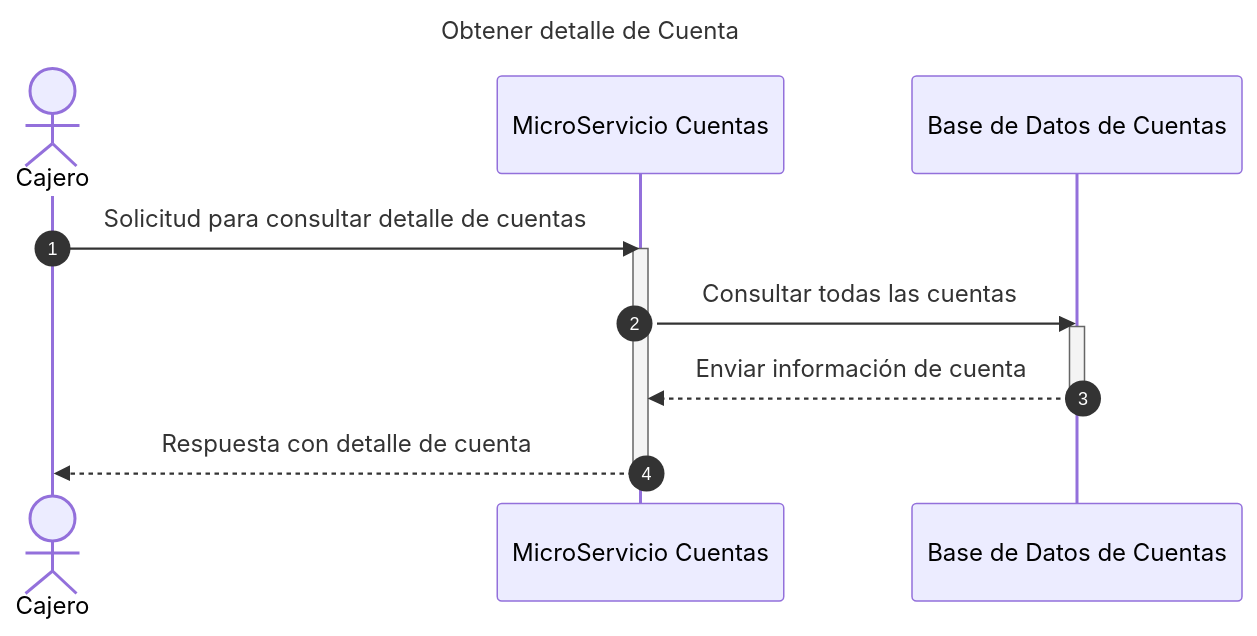
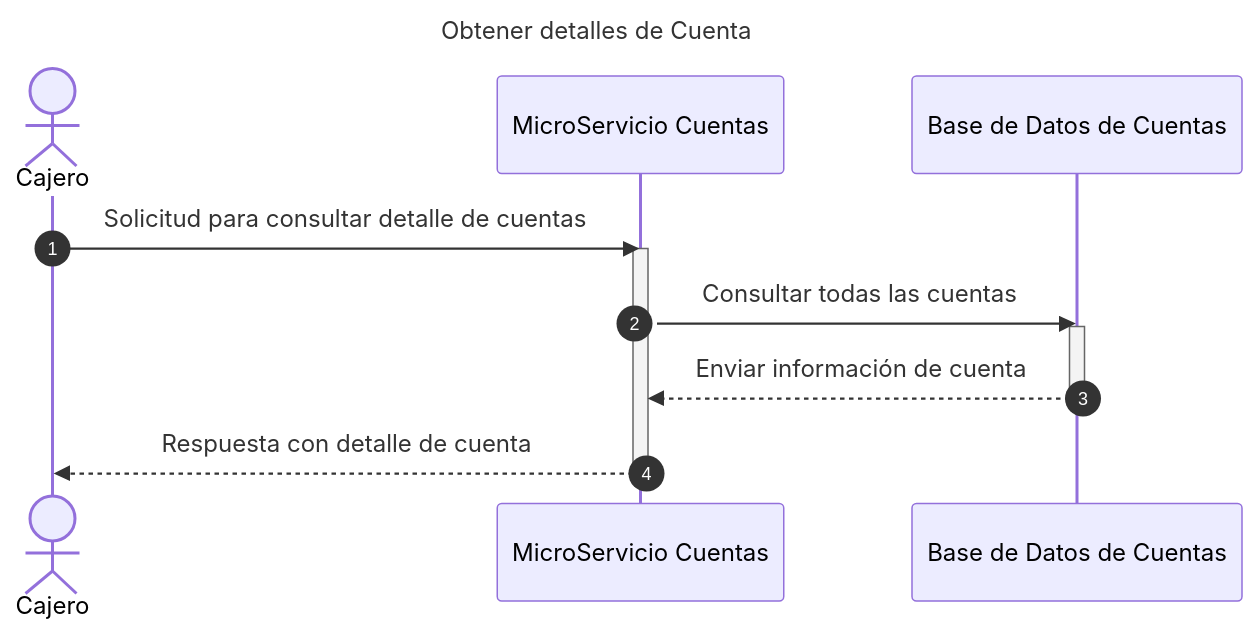
Before and after one commit to dannyverap/XYZBank: the eighth of 11 diagrams in Documentacion/DiagramaDeSecuencia.md, drawn with Mermaid. The commit also changed other lines of this file and 22 other files, not shown here.

````diff
--- a/Documentacion/DiagramaDeSecuencia.md
+++ b/Documentacion/DiagramaDeSecuencia.md
@@ -181,17 +181,17 @@
 ```mermaid
 sequenceDiagram
-    title Obtener detalle de Cuenta
+    title Obtener detalles de Cuenta
     autonumber
     actor C as Cajero
     participant MsCuenta as MicroServicio Cuentas
     participant CuentaDb as Base de Datos de Cuentas
 
     C ->> MsCuenta: Solicitud para consultar detalle de cuentas
     activate MsCuenta
     MsCuenta ->> CuentaDb: Consultar todas las cuentas
     activate CuentaDb
     CuentaDb -->> MsCuenta: Enviar información de cuenta
     deactivate CuentaDb
     MsCuenta -->> C: Respuesta con detalle de cuenta
     deactivate MsCuenta
  ```
````
